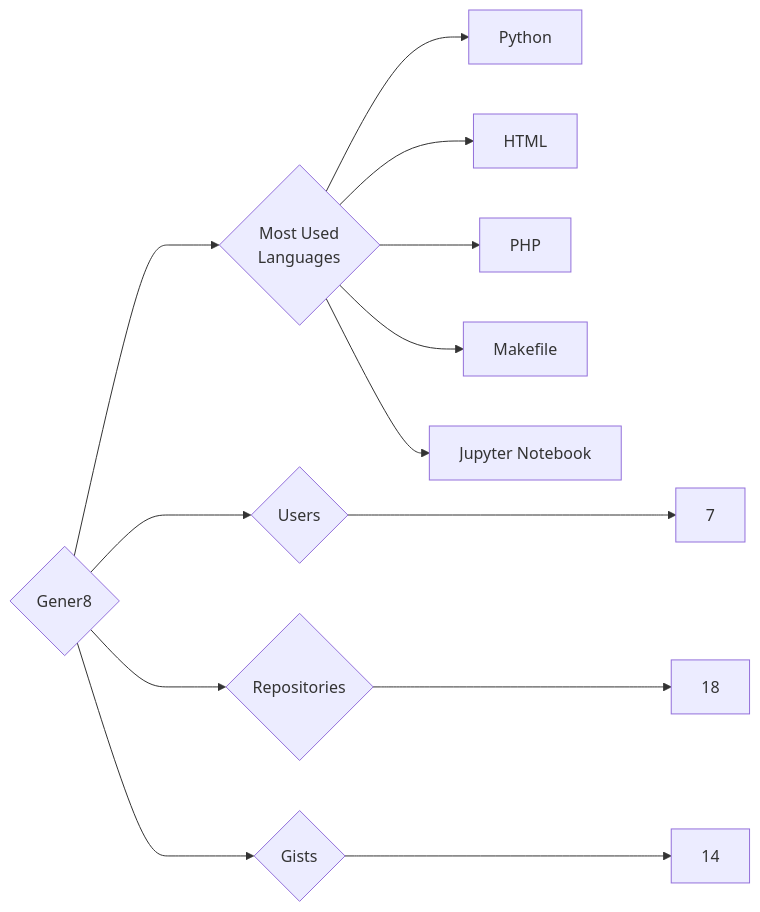
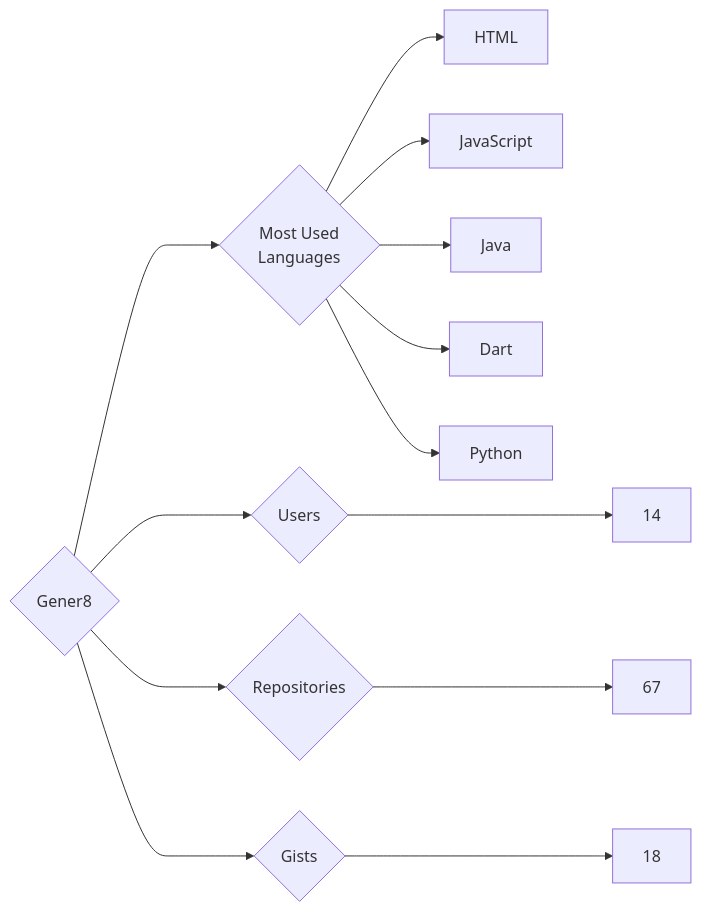
One commit to trickest/insiders changed the diagram in targets/Gener8/README.md. Above: the diagram before and after it, drawn with Mermaid. The commit also changed 944 other files, not shown here.

````diff
--- a/targets/Gener8/README.md
+++ b/targets/Gener8/README.md
@@ -3,13 +3,13 @@
 ```mermaid
 graph LR
 COMPANY_NAME{Gener8}
-COMPANY_NAME ---> U{Users} ---> UN[7]
-COMPANY_NAME ---> R{Repositories} ---> RN[18]
-COMPANY_NAME ---> G{Gists} ---> GN[14]
+COMPANY_NAME ---> U{Users} ---> UN[14]
+COMPANY_NAME ---> R{Repositories} ---> RN[67]
+COMPANY_NAME ---> G{Gists} ---> GN[18]
 COMPANY_NAME ---> ML{Most Used<br>Languages}
+ML --> HTML[HTML]
+ML --> JavaScript[JavaScript]
+ML --> Java[Java]
+ML --> Dart[Dart]
 ML --> Python[Python]
-ML --> HTML[HTML]
-ML --> PHP[PHP]
-ML --> Makefile[Makefile]
-ML --> Jupyter_Notebook[Jupyter Notebook]
 ```
````
